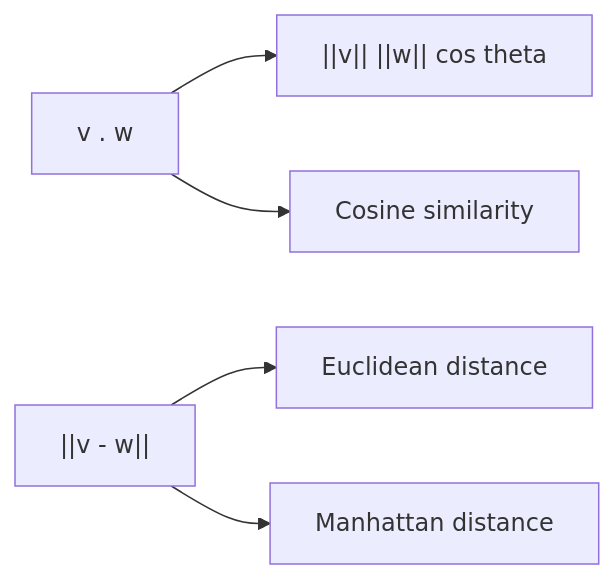
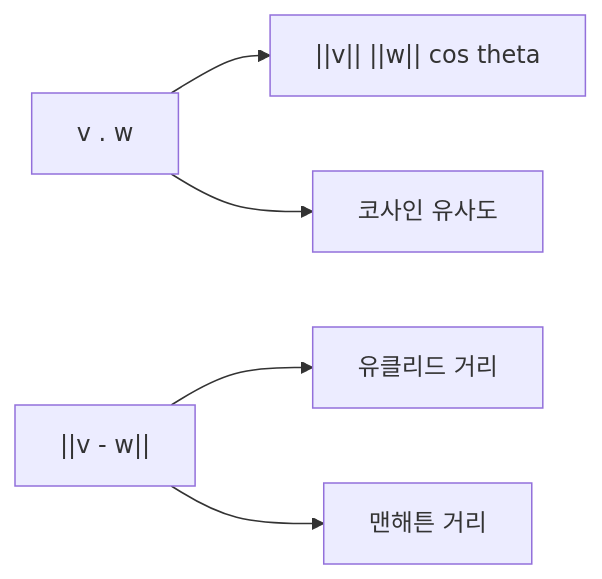
One commit to yeongseon-books/book-content changed the diagram in content/linear-algebra-101/ko/04-inner-product-and-distance.md. Above: the diagram before and after it, drawn with Mermaid. The commit also changed other lines of this file, not shown here.

````diff
--- a/content/linear-algebra-101/ko/04-inner-product-and-distance.md
+++ b/content/linear-algebra-101/ko/04-inner-product-and-distance.md
@@ -35,7 +53,7 @@
 ```mermaid
 flowchart LR
     Dot["v . w"] --> Mag["||v|| ||w|| cos theta"]
-    Dot --> Cos["Cosine similarity"]
-    Dist["||v - w||"] --> Euc["Euclidean distance"]
-    Dist --> Man["Manhattan distance"]
+    Dot --> Cos["코사인 유사도"]
+    Dist["||v - w||"] --> Euc["유클리드 거리"]
+    Dist --> Man["맨해튼 거리"]
 ```
````
